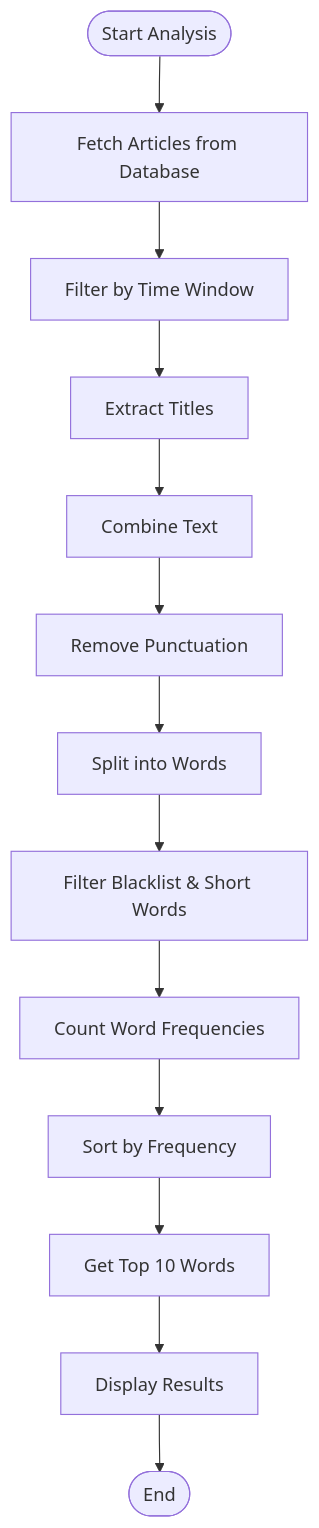
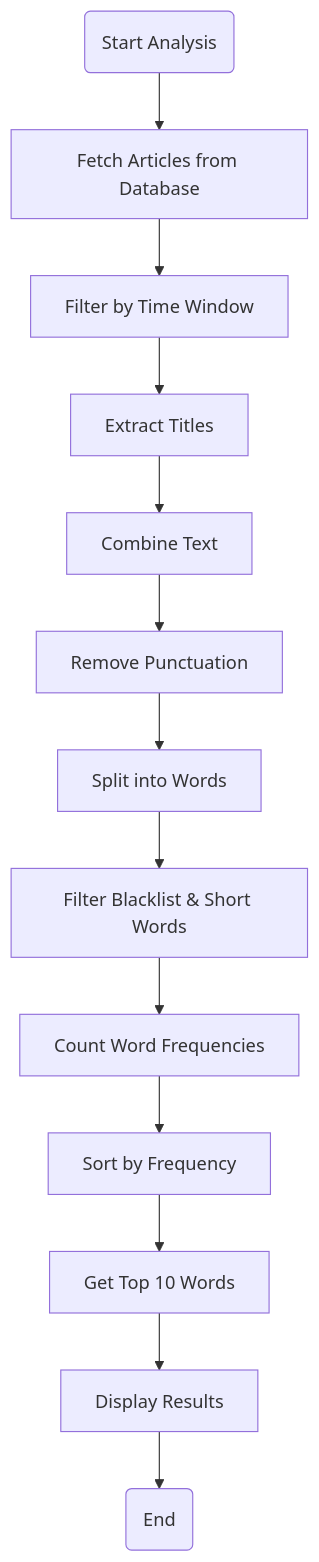
One commit to Likhithsai2580/RAVANA-WIKI changed the third of 5 diagrams in docs/Specialized Modules/Trend Analysis-99ab4941-833f-4090-b342-69e580b0c33d.md. Above: the diagram before and after it, drawn with Mermaid. The commit also changed 31 other files, not shown here.

First line of the commit message:
Fix(docs): Correct Mermaid diagram syntax

````diff
--- a/docs/Specialized Modules/Trend Analysis-99ab4941-833f-4090-b342-69e580b0c33d.md
+++ b/docs/Specialized Modules/Trend Analysis-99ab4941-833f-4090-b342-69e580b0c33d.md
@@ -80,15 +80,15 @@
 ```mermaid
 flowchart TD
-Start([Start Analysis]) --> Fetch["Fetch Articles from Database"]
+Start("Start Analysis") --> Fetch["Fetch Articles from Database"]
 Fetch --> Filter["Filter by Time Window"]
 Filter --> Extract["Extract Titles"]
 Extract --> Combine["Combine Text"]
 Combine --> Clean["Remove Punctuation"]
 Clean --> Split["Split into Words"]
 Split --> FilterWords["Filter Blacklist & Short Words"]
 FilterWords --> Count["Count Word Frequencies"]
 Count --> Sort["Sort by Frequency"]
 Sort --> Top10["Get Top 10 Words"]
 Top10 --> Output["Display Results"]
-Output --> End([End])
+Output --> End("End")
 ```
````
